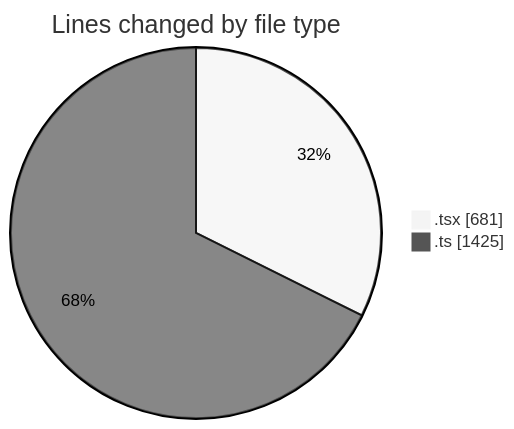
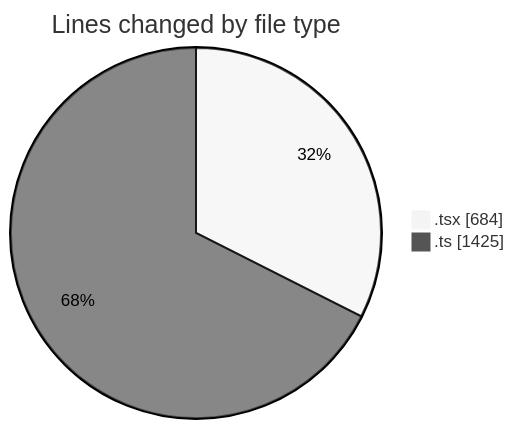
The first of 2 diagrams in 2025-10-14/eventscop-frontend-guide__workspace_/README.md (julien-gomy/code-tracking), drawn with Mermaid (neutral theme) before and after one commit. The commit also changed other lines of this file and 1 other file, not shown here.

````diff
--- a/2025-10-14/eventscop-frontend-guide__workspace_/README.md
+++ b/2025-10-14/eventscop-frontend-guide__workspace_/README.md
@@ -35,6 +35,6 @@
 ```mermaid
 pie showData
 title Lines changed by file type
-".tsx" : 681
+".tsx" : 684
 ".ts" : 1425
 ```
````
